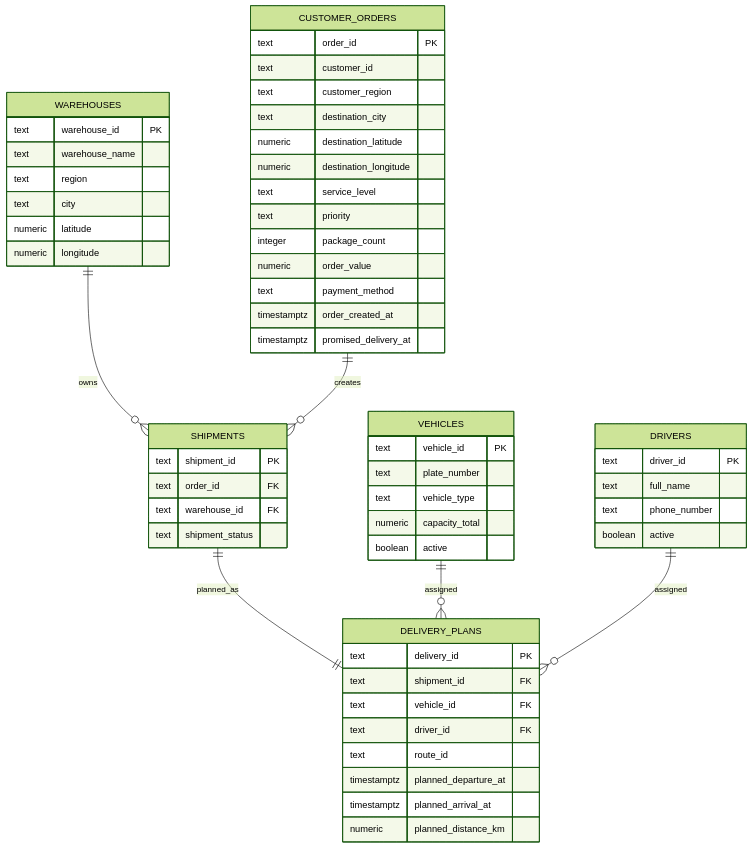
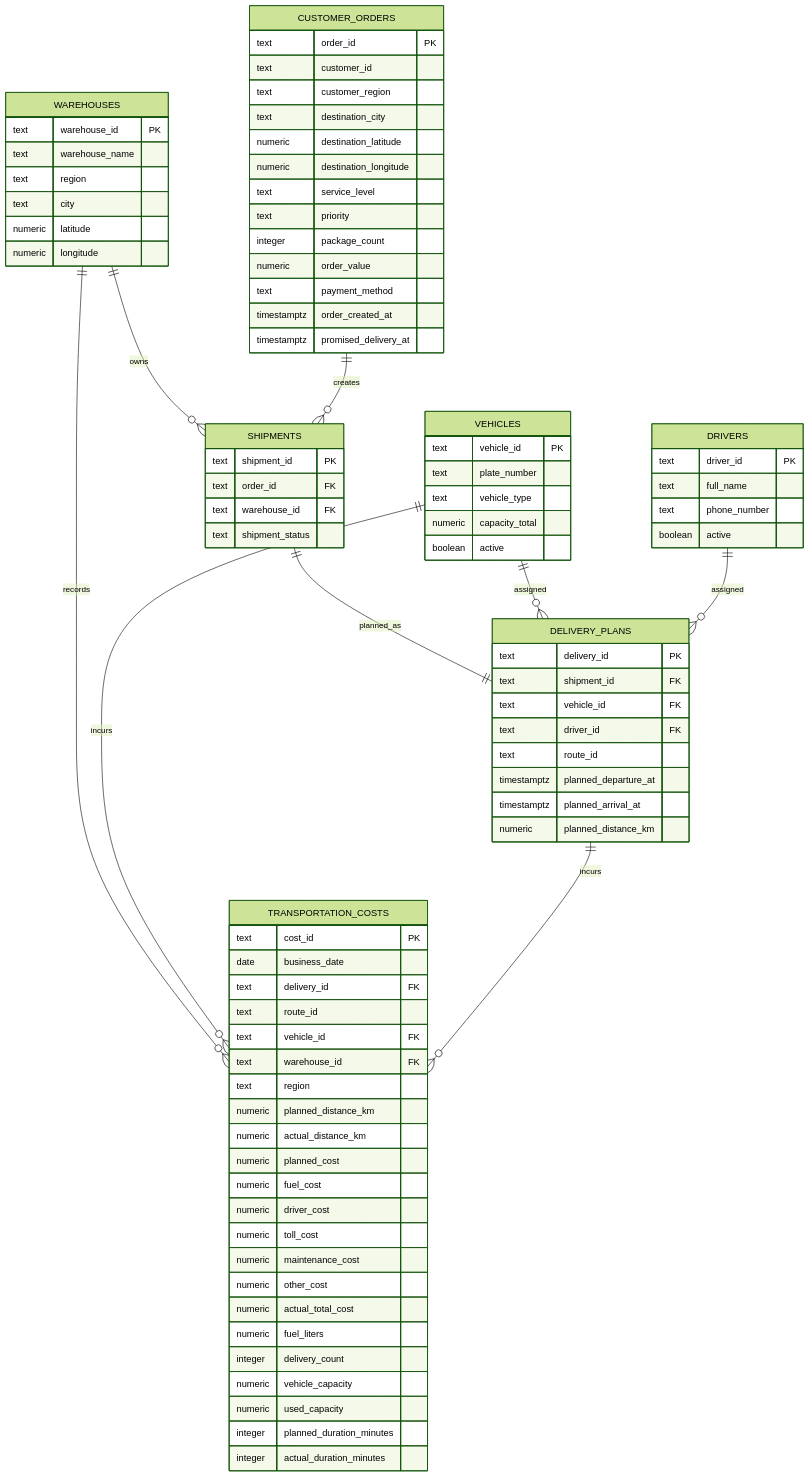
Before and after one commit to VugarMammadov87/deliveryflow-project: the second of 4 diagrams in docs/postgres-source-tables.md, drawn with Mermaid (forest theme). The commit also changed other lines of this file and 19 other files, not shown here.

````diff
--- a/docs/postgres-source-tables.md
+++ b/docs/postgres-source-tables.md
@@ -59,10 +59,13 @@
 ```mermaid
 erDiagram
     WAREHOUSES ||--o{ SHIPMENTS : owns
+    WAREHOUSES ||--o{ TRANSPORTATION_COSTS : records
     CUSTOMER_ORDERS ||--o{ SHIPMENTS : creates
     SHIPMENTS ||--|| DELIVERY_PLANS : planned_as
     VEHICLES ||--o{ DELIVERY_PLANS : assigned
+    VEHICLES ||--o{ TRANSPORTATION_COSTS : incurs
     DRIVERS ||--o{ DELIVERY_PLANS : assigned
+    DELIVERY_PLANS ||--o{ TRANSPORTATION_COSTS : incurs
 
     WAREHOUSES {
         text warehouse_id PK
@@ -121,4 +124,29 @@
         timestamptz planned_arrival_at
         numeric planned_distance_km
     }
+
+    TRANSPORTATION_COSTS {
+        text cost_id PK
+        date business_date
+        text delivery_id FK
+        text route_id
+        text vehicle_id FK
+        text warehouse_id FK
+        text region
+        numeric planned_distance_km
+        numeric actual_distance_km
+        numeric planned_cost
+        numeric fuel_cost
+        numeric driver_cost
+        numeric toll_cost
+        numeric maintenance_cost
+        numeric other_cost
+        numeric actual_total_cost
+        numeric fuel_liters
+        integer delivery_count
+        numeric vehicle_capacity
+        numeric used_capacity
+        integer planned_duration_minutes
+        integer actual_duration_minutes
+    }
 ```
````
